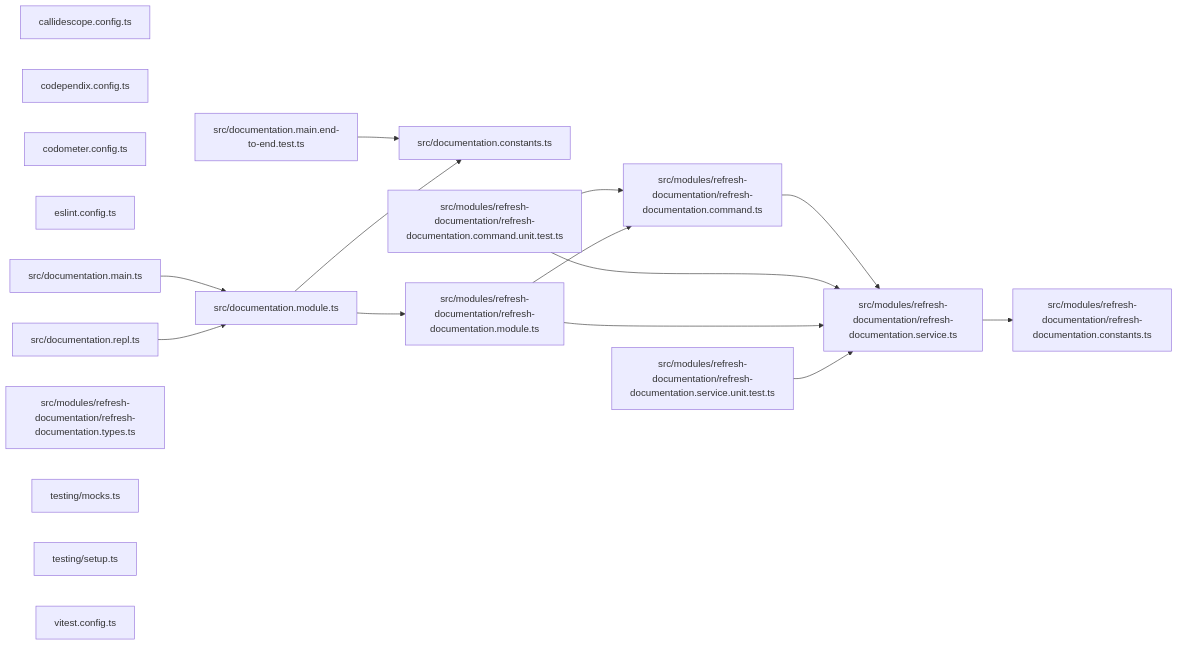
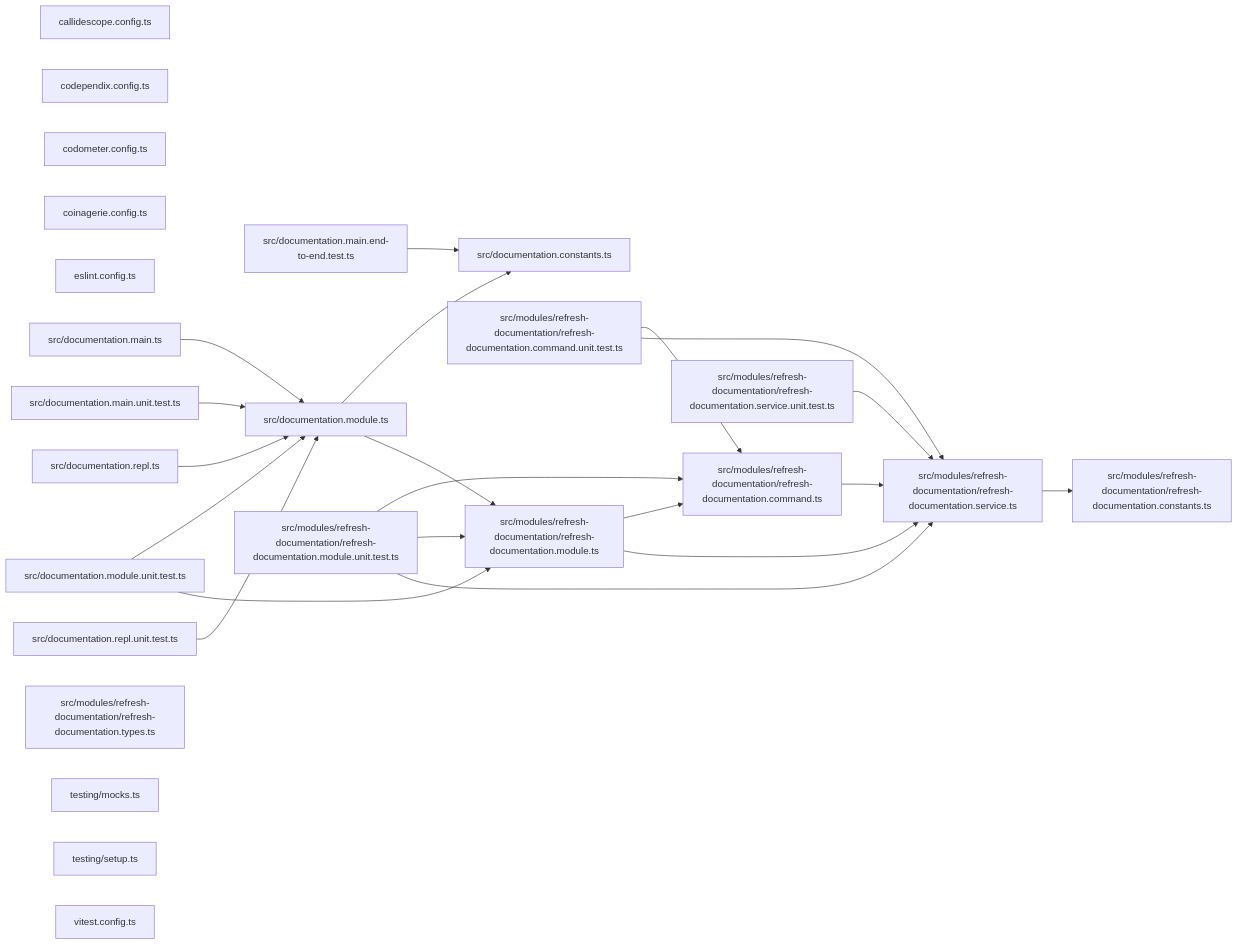
Before and after one commit to organizzolini/codebase: the third of 3 diagrams in documentation/README.md, drawn with Mermaid. The commit also changed other lines of this file and 207 other files, not shown here.

````diff
--- a/documentation/README.md
+++ b/documentation/README.md
@@ -59,34 +59,46 @@
 ```mermaid
 graph LR
   file_callidescope_config_ts["callidescope.config.ts"]
   file_codependix_config_ts["codependix.config.ts"]
   file_codometer_config_ts["codometer.config.ts"]
+  file_coinagerie_config_ts["coinagerie.config.ts"]
   file_eslint_config_ts["eslint.config.ts"]
   file_src_documentation_constants_ts["src/documentation.constants.ts"]
   file_src_documentation_main_end_to_end_test_ts["src/documentation.main.end-to-end.test.ts"]
   file_src_documentation_main_ts["src/documentation.main.ts"]
+  file_src_documentation_main_unit_test_ts["src/documentation.main.unit.test.ts"]
   file_src_documentation_module_ts["src/documentation.module.ts"]
+  file_src_documentation_module_unit_test_ts["src/documentation.module.unit.test.ts"]
   file_src_documentation_repl_ts["src/documentation.repl.ts"]
+  file_src_documentation_repl_unit_test_ts["src/documentation.repl.unit.test.ts"]
   file_src_modules_refresh_documentation_refresh_documentation_command_ts["src/modules/refresh-documentation/refresh-documentation.command.ts"]
   file_src_modules_refresh_documentation_refresh_documentation_command_unit_test_ts["src/modules/refresh-documentation/refresh-documentation.command.unit.test.ts"]
   file_src_modules_refresh_documentation_refresh_documentation_constants_ts["src/modules/refresh-documentation/refresh-documentation.constants.ts"]
   file_src_modules_refresh_documentation_refresh_documentation_module_ts["src/modules/refresh-documentation/refresh-documentation.module.ts"]
+  file_src_modules_refresh_documentation_refresh_documentation_module_unit_test_ts["src/modules/refresh-documentation/refresh-documentation.module.unit.test.ts"]
   file_src_modules_refresh_documentation_refresh_documentation_service_ts["src/modules/refresh-documentation/refresh-documentation.service.ts"]
   file_src_modules_refresh_documentation_refresh_documentation_service_unit_test_ts["src/modules/refresh-documentation/refresh-documentation.service.unit.test.ts"]
   file_src_modules_refresh_documentation_refresh_documentation_types_ts["src/modules/refresh-documentation/refresh-documentation.types.ts"]
   file_testing_mocks_ts["testing/mocks.ts"]
   file_testing_setup_ts["testing/setup.ts"]
   file_vitest_config_ts["vitest.config.ts"]
   file_src_documentation_main_end_to_end_test_ts --> file_src_documentation_constants_ts
   file_src_documentation_main_ts --> file_src_documentation_module_ts
+  file_src_documentation_main_unit_test_ts --> file_src_documentation_module_ts
   file_src_documentation_module_ts --> file_src_documentation_constants_ts
   file_src_documentation_module_ts --> file_src_modules_refresh_documentation_refresh_documentation_module_ts
+  file_src_documentation_module_unit_test_ts --> file_src_documentation_module_ts
+  file_src_documentation_module_unit_test_ts --> file_src_modules_refresh_documentation_refresh_documentation_module_ts
   file_src_documentation_repl_ts --> file_src_documentation_module_ts
+  file_src_documentation_repl_unit_test_ts --> file_src_documentation_module_ts
   file_src_modules_refresh_documentation_refresh_documentation_command_ts --> file_src_modules_refresh_documentation_refresh_documentation_service_ts
   file_src_modules_refresh_documentation_refresh_documentation_command_unit_test_ts --> file_src_modules_refresh_documentation_refresh_documentation_command_ts
   file_src_modules_refresh_documentation_refresh_documentation_command_unit_test_ts --> file_src_modules_refresh_documentation_refresh_documentation_service_ts
   file_src_modules_refresh_documentation_refresh_documentation_module_ts --> file_src_modules_refresh_documentation_refresh_documentation_command_ts
   file_src_modules_refresh_documentation_refresh_documentation_module_ts --> file_src_modules_refresh_documentation_refresh_documentation_service_ts
+  file_src_modules_refresh_documentation_refresh_documentation_module_unit_test_ts --> file_src_modules_refresh_documentation_refresh_documentation_command_ts
+  file_src_modules_refresh_documentation_refresh_documentation_module_unit_test_ts --> file_src_modules_refresh_documentation_refresh_documentation_module_ts
+  file_src_modules_refresh_documentation_refresh_documentation_module_unit_test_ts --> file_src_modules_refresh_documentation_refresh_documentation_service_ts
   file_src_modules_refresh_documentation_refresh_documentation_service_ts --> file_src_modules_refresh_documentation_refresh_documentation_constants_ts
   file_src_modules_refresh_documentation_refresh_documentation_service_unit_test_ts --> file_src_modules_refresh_documentation_refresh_documentation_service_ts
 ```
````
